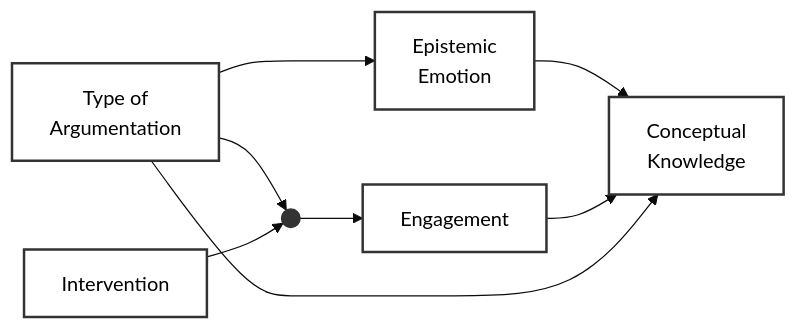
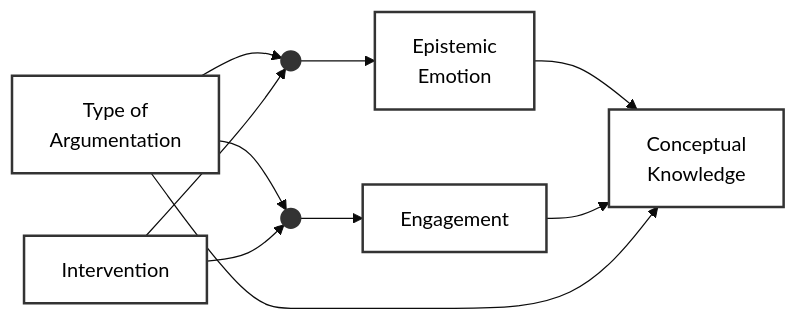
The diagram in README.qmd (larshoeft/dfg-proposal), drawn with Mermaid (base theme) before and after one commit. The commit also changed 1 other file, not shown here.

Commit message:
Updates analytical model

````diff
--- a/README.qmd
+++ b/README.qmd
@@ -20,27 +20,31 @@
 ```{mermaid}
 flowchart LR
     %% Knoten definieren
     A[Type of<br/>Argumentation]
     I[Intervention]
     E[Epistemic<br/>Emotion]
     EN[Engagement]
     U[Conceptual<br/>Knowledge]
-    M(( ))
+    M1(( ))
+    M2(( ))
     
     %% Verbindungen
-    A --> E
-    A --> M
-    M --> EN
-    I --> M
+    A --> M1
+    A --> M2
+    M1 --> EN
+    M2 --> E
+    I --> M1
+    I --> M2
     E --> U
     EN --> U
     A --> U
     
     %% Styling
     classDef default fill:#fff,stroke:#333,stroke-width:2px,color:#000
-    classDef dot fill:#333,stroke:#333,stroke-width:1px
-    class M dot
+    %% classDef dot fill:#333,stroke:#333,stroke-width:2px
+    %% class M1 dot
     
     %% Knoten M sehr klein machen
-    style M width:1px,height:1px,fill:#333
+    style M1 width:1px,height:1px,fill:#333
+    style M2 width:1px,height:1px,fill:#333
 ```
````
